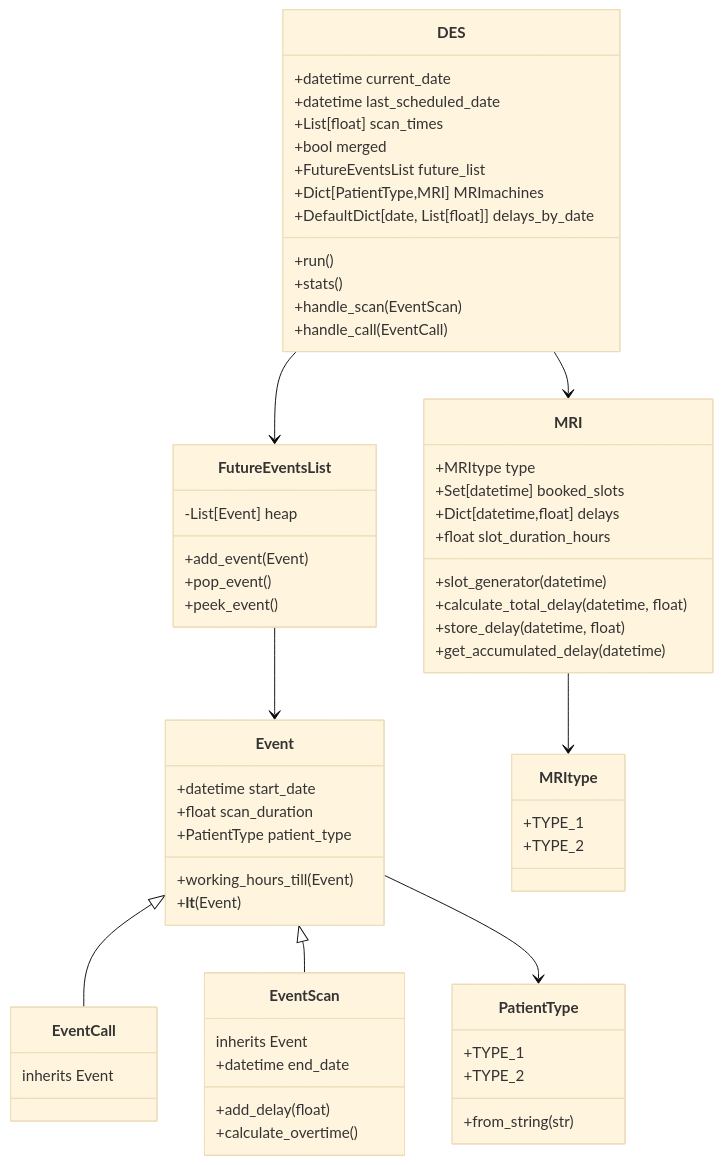
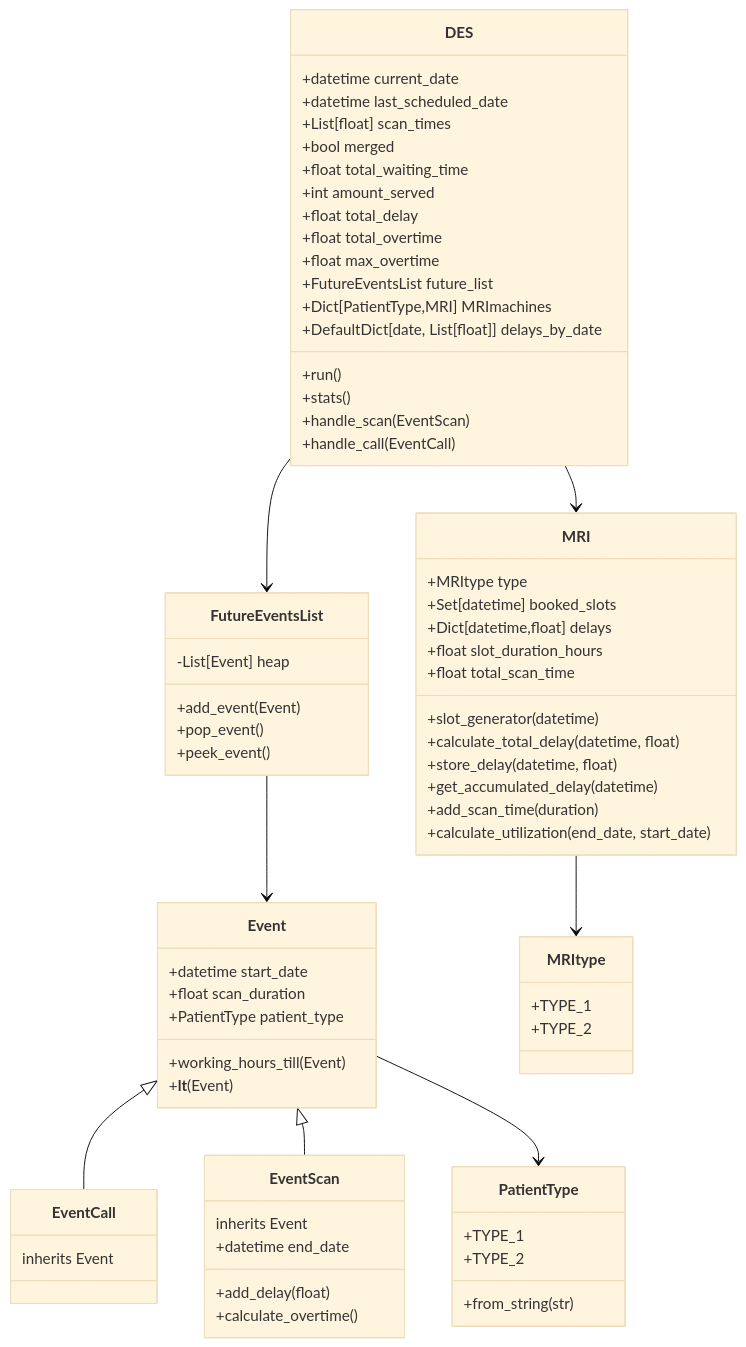
The diagram in README.md (QuinnCuijpers/Computational-Assignment), drawn with Mermaid (base theme) before and after one commit. The commit also changed other lines of this file, not shown here.

````diff
--- a/README.md
+++ b/README.md
@@ -10,64 +9,72 @@
 ```mermaid
 classDiagram
 class Event {
 +datetime start_date
 +float scan_duration
 +PatientType patient_type
 +working_hours_till(Event)
 +__lt__(Event)
 }
 class EventCall {
 inherits Event
 }
 class EventScan {
 inherits Event
 +datetime end_date
 +add_delay(float)
 +calculate_overtime()
 }
 class PatientType {
 +TYPE_1
 +TYPE_2
 +from_string(str)
 }
 class MRItype {
 +TYPE_1
 +TYPE_2
 }
 class MRI {
 +MRItype type
 +Set[datetime] booked_slots
 +Dict[datetime,float] delays
 +float slot_duration_hours
++float total_scan_time
 +slot_generator(datetime)
 +calculate_total_delay(datetime, float)
 +store_delay(datetime, float)
 +get_accumulated_delay(datetime)
++add_scan_time(duration)
++calculate_utilization(end_date, start_date)
 }
 class FutureEventsList {
 -List[Event] heap
 +add_event(Event)
 +pop_event()
 +peek_event()
 }
 class DES {
 +datetime current_date
 +datetime last_scheduled_date
 +List[float] scan_times
 +bool merged
++float total_waiting_time
++int amount_served
++float total_delay
++float total_overtime
++float max_overtime
 +FutureEventsList future_list
 +Dict[PatientType,MRI] MRImachines
 +DefaultDict[date, List[float]] delays_by_date
 +run()
 +stats()
 +handle_scan(EventScan)
 +handle_call(EventCall)
 }
 Event <|-- EventCall
 Event <|-- EventScan
 Event --> PatientType
 MRI --> MRItype
 DES --> FutureEventsList
 DES --> MRI
 FutureEventsList --> Event
 ```
````
